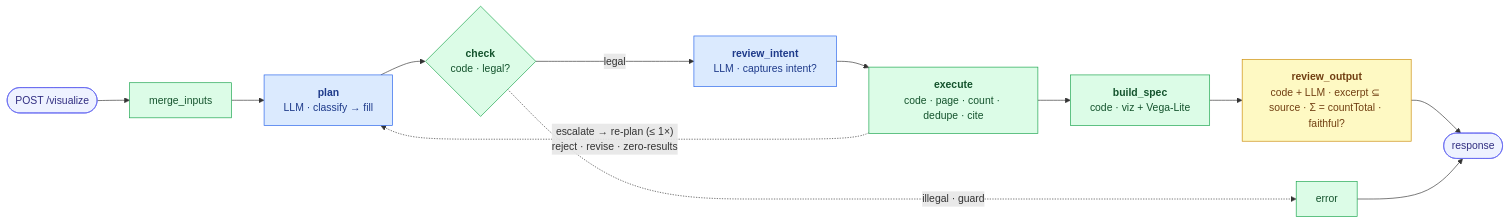
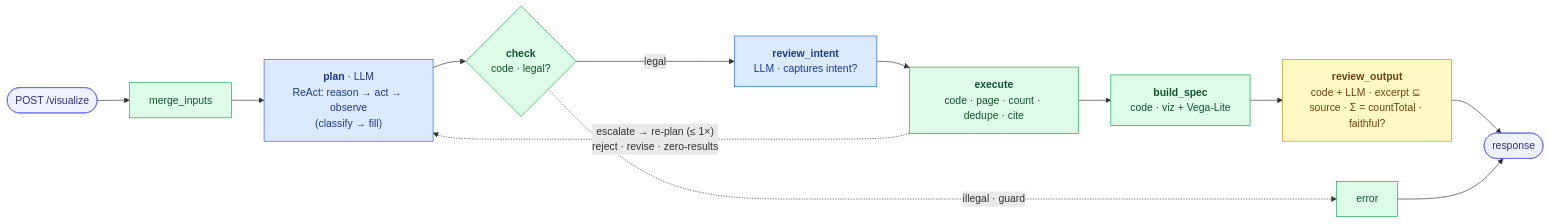
Before and after one commit to nguiaSoren/cheiron-clinicaltrials-agent: the diagram in README.md, drawn with Mermaid. The commit also changed other lines of this file and 5 other files, not shown here.

First line of the commit message:
Add live demo (GitHub Pages) + pipeline diagram; refine viewer

````diff
--- a/README.md
+++ b/README.md
@@ -41,18 +46,18 @@
 ```mermaid
 flowchart LR
   IN([POST /visualize]):::io --> MI[merge_inputs]:::code
-  MI --> PL["<b>plan</b><br/>LLM · classify → fill"]:::llm
+  MI --> PL["<b>plan</b> · LLM<br/>ReAct: reason → act → observe<br/>(classify → fill)"]:::llm
   PL --> CK{"<b>check</b><br/>code · legal?"}:::code
   CK -->|legal| RI["<b>review_intent</b><br/>LLM · captures intent?"]:::llm
   RI --> EX["<b>execute</b><br/>code · page · count · dedupe · cite"]:::code
   EX --> BS["<b>build_spec</b><br/>code · viz + Vega-Lite"]:::code
   BS --> RO["<b>review_output</b><br/>code + LLM · excerpt ⊆ source · Σ = countTotal · faithful?"]:::both
   RO --> RS([response]):::io
   EX -. "escalate → re-plan (≤ 1×)<br/>reject · revise · zero-results" .-> PL
   CK -. "illegal · guard" .-> ERR[error]:::code
   ERR --> RS
   classDef llm fill:#dbeafe,stroke:#2563eb,color:#1e3a8a;
   classDef code fill:#dcfce7,stroke:#16a34a,color:#14532d;
   classDef both fill:#fef9c3,stroke:#ca8a04,color:#713f12;
   classDef io fill:#eef2ff,stroke:#6366f1,color:#312e81;
 ```
````
